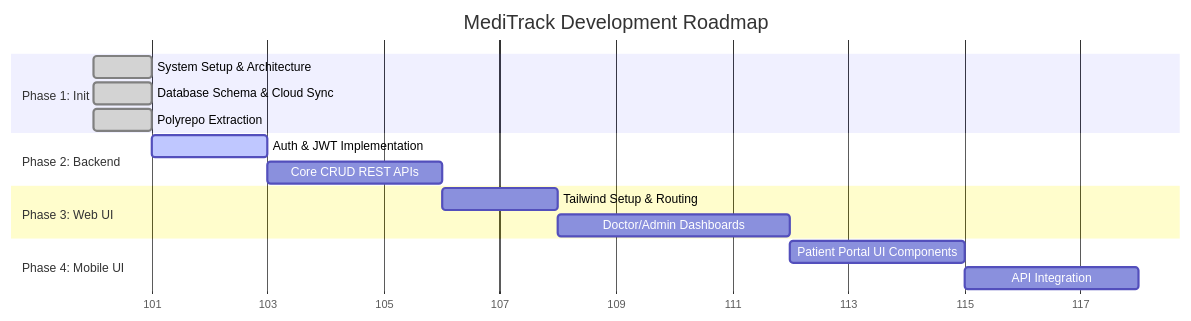
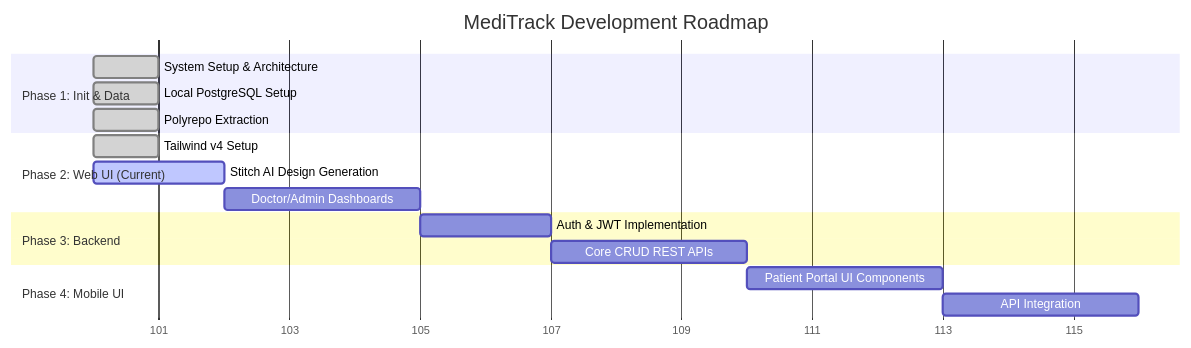
Before and after one commit to seifrashwandev/MediTrack: the third of 3 diagrams in ARCHITECTURE.md, drawn with Mermaid. The commit also changed other lines of this file, not shown here.

Commit message:
docs: update architecture to reflect local postgres and stitch ai workflow

````diff
--- a/ARCHITECTURE.md
+++ b/ARCHITECTURE.md
@@ -82,23 +89,24 @@
 ```mermaid
 gantt
     title MediTrack Development Roadmap
     dateFormat  YYYY-MM-DD
     axisFormat  %j
     
-    section Phase 1: Init
+    section Phase 1: Init & Data
     System Setup & Architecture  :done, p1, 2026-04-10, 1d
-    Database Schema & Cloud Sync :done, p2, 2026-04-10, 1d
+    Local PostgreSQL Setup       :done, p2, 2026-04-10, 1d
     Polyrepo Extraction          :done, p3, 2026-04-10, 1d
     
-    section Phase 2: Backend
-    Auth & JWT Implementation    :active, p4, 2026-04-11, 2d
-    Core CRUD REST APIs          :p5, after p4, 3d
+    section Phase 2: Web UI (Current)
+    Tailwind v4 Setup            :done, p4, 2026-04-10, 1d
+    Stitch AI Design Generation  :active, p5, 2026-04-10, 2d
+    Doctor/Admin Dashboards      :p6, after p5, 3d
     
-    section Phase 3: Web UI
-    Tailwind Setup & Routing     :p6, after p5, 2d
-    Doctor/Admin Dashboards      :p7, after p6, 4d
+    section Phase 3: Backend
+    Auth & JWT Implementation    :p7, after p6, 2d
+    Core CRUD REST APIs          :p8, after p7, 3d
     
     section Phase 4: Mobile UI
-    Patient Portal UI Components :p8, after p7, 3d
-    API Integration              :p9, after p8, 3d
+    Patient Portal UI Components :p9, after p8, 3d
+    API Integration              :p10, after p9, 3d
 ```
````
